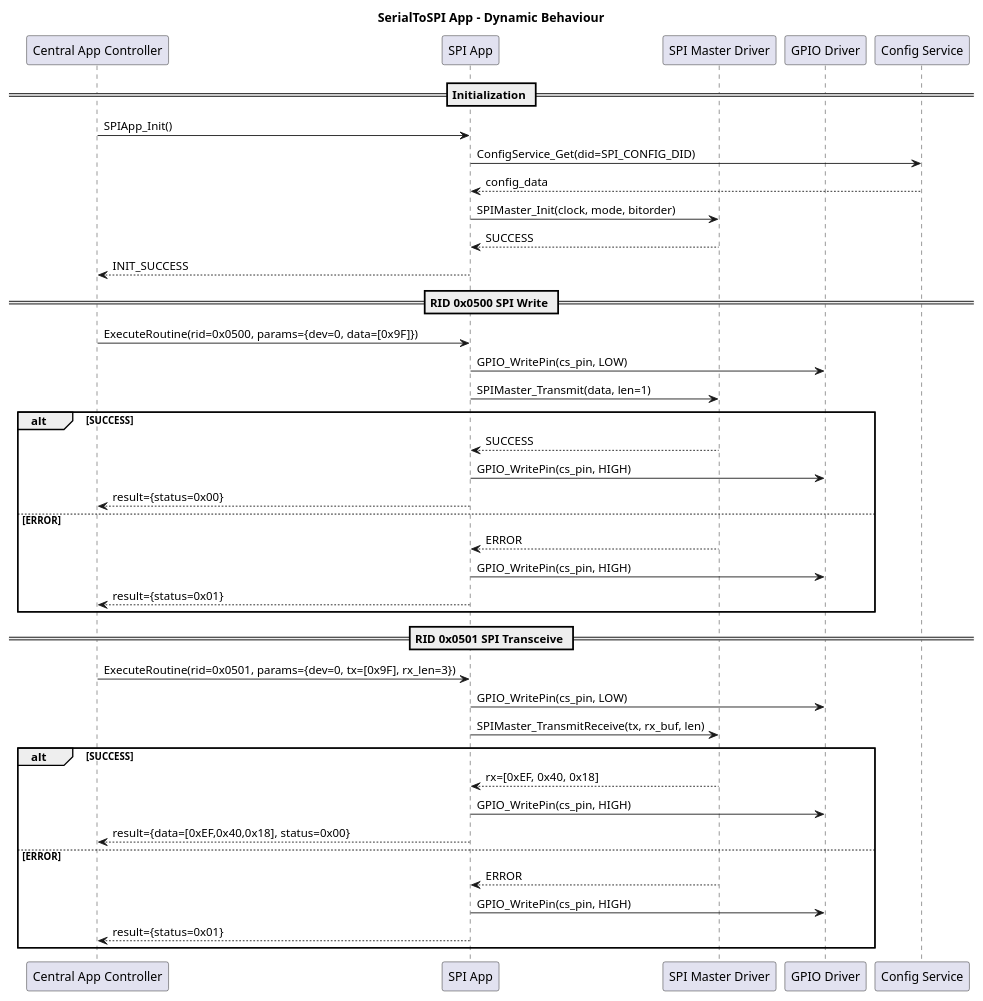
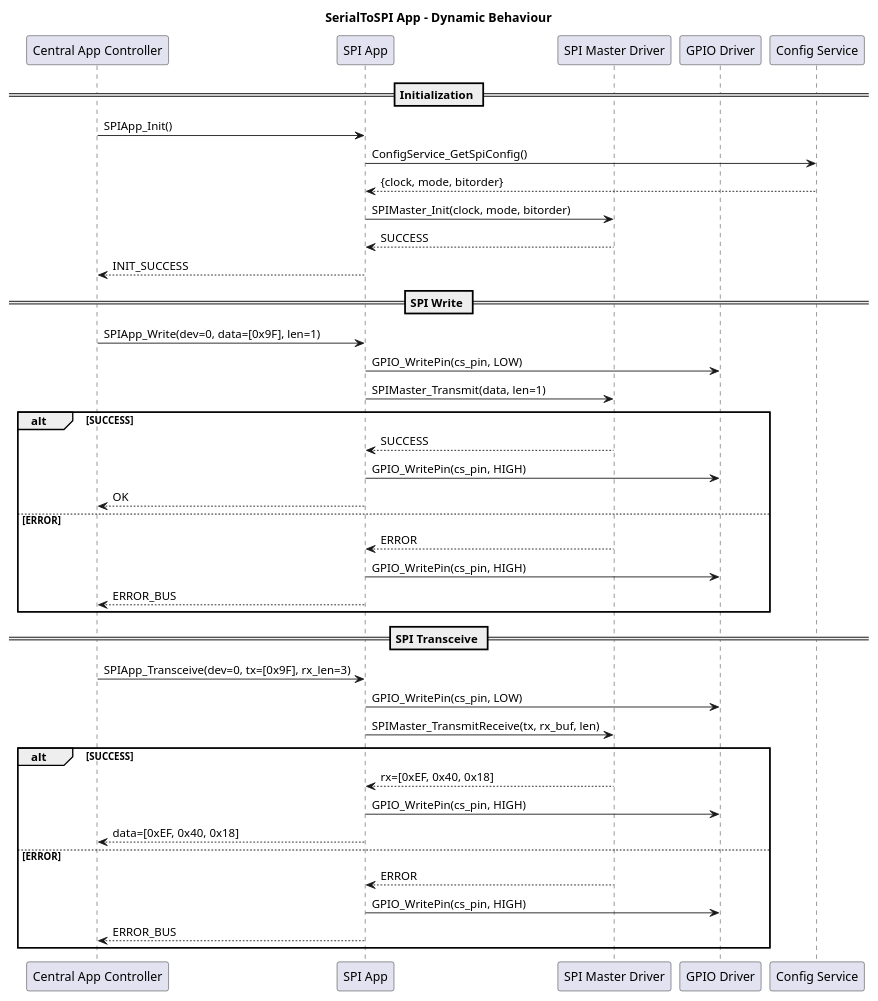
One commit to LinhTrucVo/Bico_Protocol_Bridge changed the diagram in 2_architecture/fucntionView/layer3Application/serialToSPIApp/dynamicBehaviour.puml. Above: the diagram before and after it, drawn with PlantUML. The commit also changed 19 other files, not shown here.

First line of the commit message:
Central App Controller now owns all DID/RID mapping and converts UDS requests into typed API calls for downstream modules. ConfigService, SerialToXxxApp modules no longer have any UDS/DID/RID awareness — they expose plain typed APIs (e.g. ReadAdc(ch), WriteGpio(pin, state), SetAdcSampleRate(rate)).

```diff
--- a/2_architecture/fucntionView/layer3Application/serialToSPIApp/dynamicBehaviour.puml
+++ b/2_architecture/fucntionView/layer3Application/serialToSPIApp/dynamicBehaviour.puml
@@ -1,46 +1,46 @@
 @startuml
 title SerialToSPI App - Dynamic Behaviour
 
 participant "Central App Controller" as CC
 participant "SPI App" as SPI
 participant "SPI Master Driver" as DRV
 participant "GPIO Driver" as GPIO
 participant "Config Service" as CS
 
 == Initialization ==
 CC -> SPI : SPIApp_Init()
-SPI -> CS : ConfigService_Get(did=SPI_CONFIG_DID)
-CS --> SPI : config_data
+SPI -> CS : ConfigService_GetSpiConfig()
+CS --> SPI : {clock, mode, bitorder}
 SPI -> DRV : SPIMaster_Init(clock, mode, bitorder)
 DRV --> SPI : SUCCESS
 SPI --> CC : INIT_SUCCESS
 
-== RID 0x0500 SPI Write ==
-CC -> SPI : ExecuteRoutine(rid=0x0500, params={dev=0, data=[0x9F]})
+== SPI Write ==
+CC -> SPI : SPIApp_Write(dev=0, data=[0x9F], len=1)
 SPI -> GPIO : GPIO_WritePin(cs_pin, LOW)
 SPI -> DRV : SPIMaster_Transmit(data, len=1)
 alt SUCCESS
     DRV --> SPI : SUCCESS
     SPI -> GPIO : GPIO_WritePin(cs_pin, HIGH)
-    SPI --> CC : result={status=0x00}
+    SPI --> CC : OK
 else ERROR
     DRV --> SPI : ERROR
     SPI -> GPIO : GPIO_WritePin(cs_pin, HIGH)
-    SPI --> CC : result={status=0x01}
+    SPI --> CC : ERROR_BUS
 end
 
-== RID 0x0501 SPI Transceive ==
-CC -> SPI : ExecuteRoutine(rid=0x0501, params={dev=0, tx=[0x9F], rx_len=3})
+== SPI Transceive ==
+CC -> SPI : SPIApp_Transceive(dev=0, tx=[0x9F], rx_len=3)
 SPI -> GPIO : GPIO_WritePin(cs_pin, LOW)
 SPI -> DRV : SPIMaster_TransmitReceive(tx, rx_buf, len)
 alt SUCCESS
     DRV --> SPI : rx=[0xEF, 0x40, 0x18]
     SPI -> GPIO : GPIO_WritePin(cs_pin, HIGH)
-    SPI --> CC : result={data=[0xEF,0x40,0x18], status=0x00}
+    SPI --> CC : data=[0xEF, 0x40, 0x18]
 else ERROR
     DRV --> SPI : ERROR
     SPI -> GPIO : GPIO_WritePin(cs_pin, HIGH)
-    SPI --> CC : result={status=0x01}
+    SPI --> CC : ERROR_BUS
 end
 
 @enduml
```
